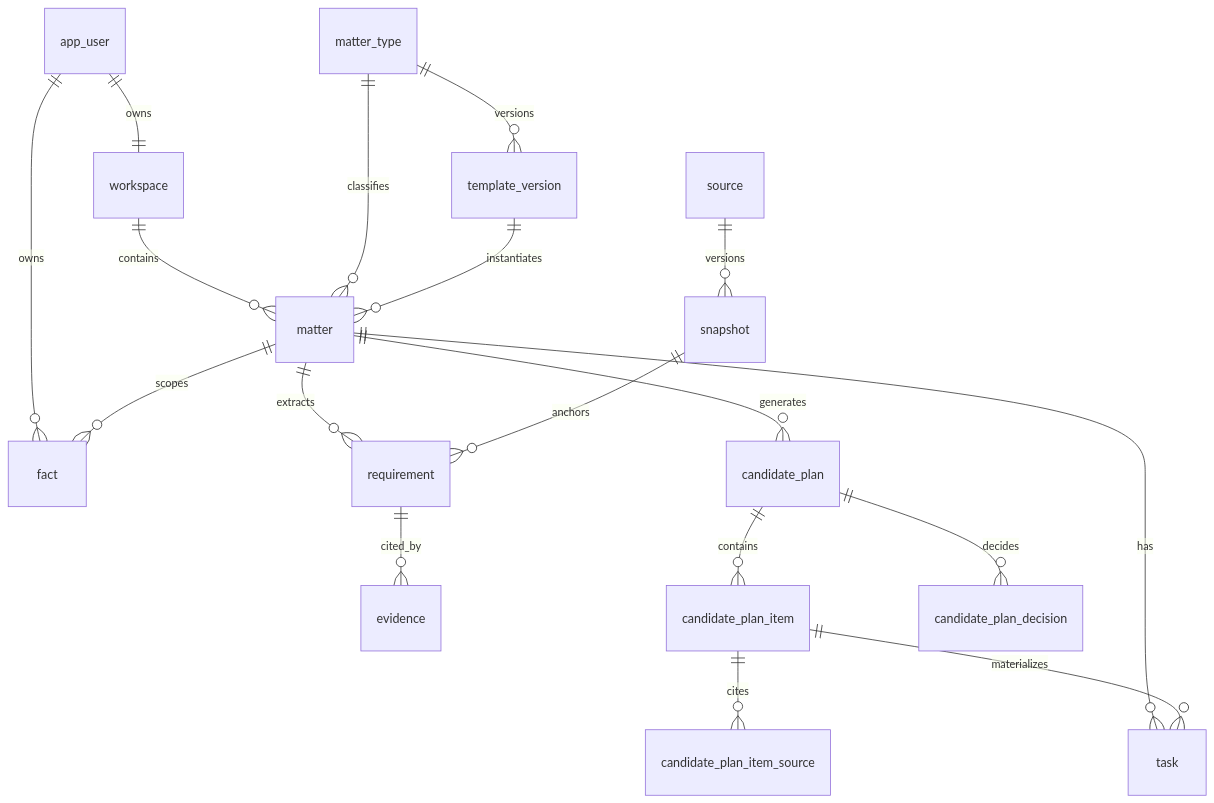
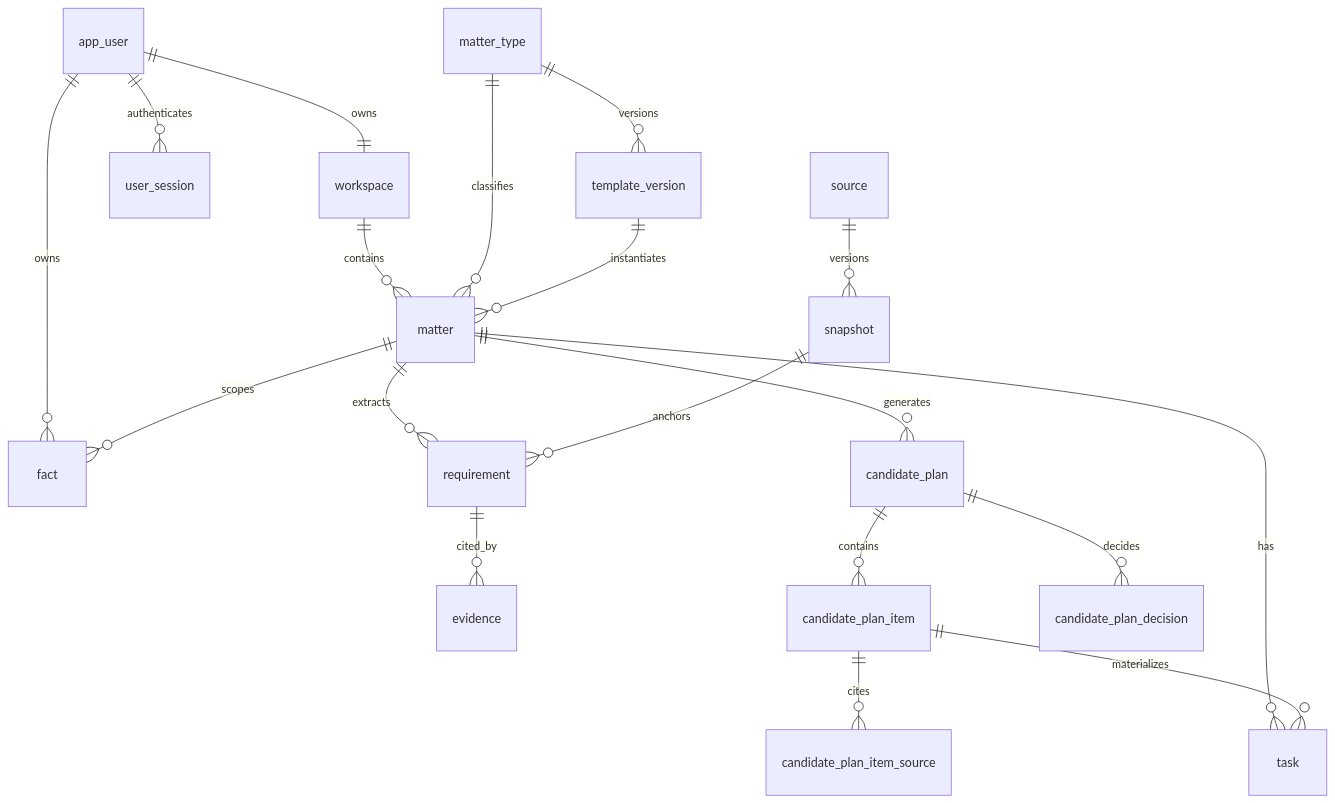
The diagram in docs/backend/alpha-schema.md (LotteryCamp/OfferPilot), drawn with Mermaid before and after one commit. The commit also changed other lines of this file and 53 other files, not shown here.

````diff
--- a/docs/backend/alpha-schema.md
+++ b/docs/backend/alpha-schema.md
@@ -60,20 +61,21 @@
 ```mermaid
 erDiagram
     app_user ||--|| workspace : owns
+    app_user ||--o{ user_session : authenticates
     app_user ||--o{ fact : owns
     workspace ||--o{ matter : contains
     matter_type ||--o{ template_version : versions
     matter_type ||--o{ matter : classifies
     template_version ||--o{ matter : instantiates
     matter ||--o{ requirement : extracts
     matter ||--o{ candidate_plan : generates
     matter ||--o{ task : has
     matter ||--o{ fact : scopes
     source ||--o{ snapshot : versions
     snapshot ||--o{ requirement : anchors
     requirement ||--o{ evidence : cited_by
     candidate_plan ||--o{ candidate_plan_item : contains
     candidate_plan ||--o{ candidate_plan_decision : decides
     candidate_plan_item ||--o{ candidate_plan_item_source : cites
     candidate_plan_item ||--o{ task : materializes
 ```
````
